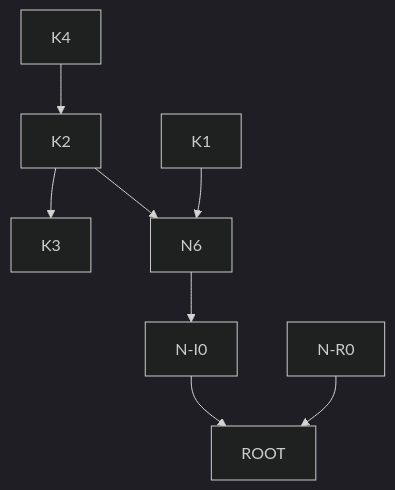
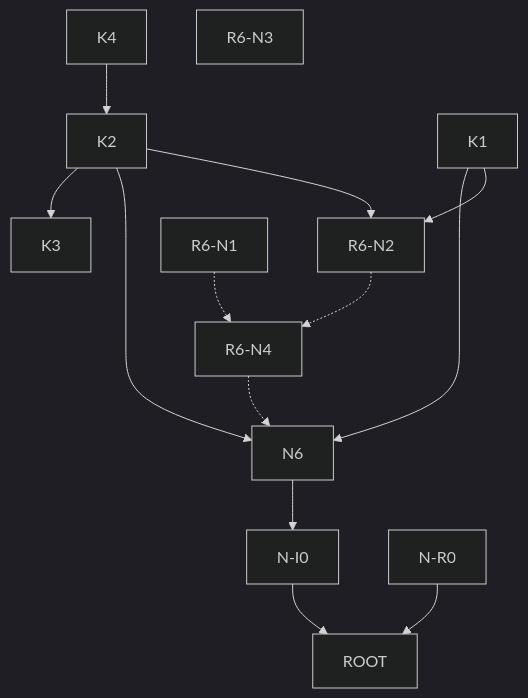
One commit to Kisketch/epi-work-complete changed the diagram in PLAN_GRAPH.md. Above: the diagram before and after it, drawn with Mermaid (dark theme). The commit also changed other lines of this file and 3 other files, not shown here.

````diff
--- a/PLAN_GRAPH.md
+++ b/PLAN_GRAPH.md
@@ -22,10 +90,16 @@
 ```mermaid
 graph TD
   K4 --> K2
   K2 --> K3
   K1 --> N6
   K2 --> N6
   N6 --> N-I0
   N-I0 --> ROOT
   N-R0 --> ROOT
+  K1 --> R6-N2
+  K2 --> R6-N2
+  R6-N1 -.-> R6-N4
+  R6-N2 -.-> R6-N4
+  R6-N4 -.-> N6
+  R6-N3
 ```
````
